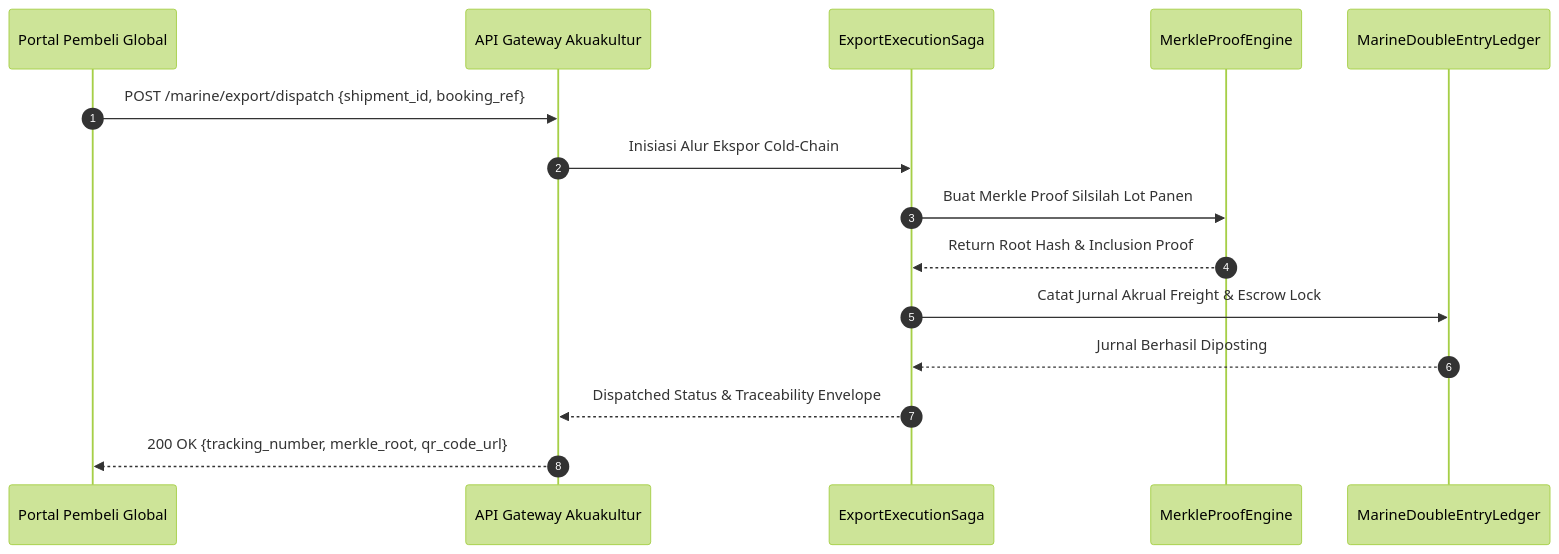
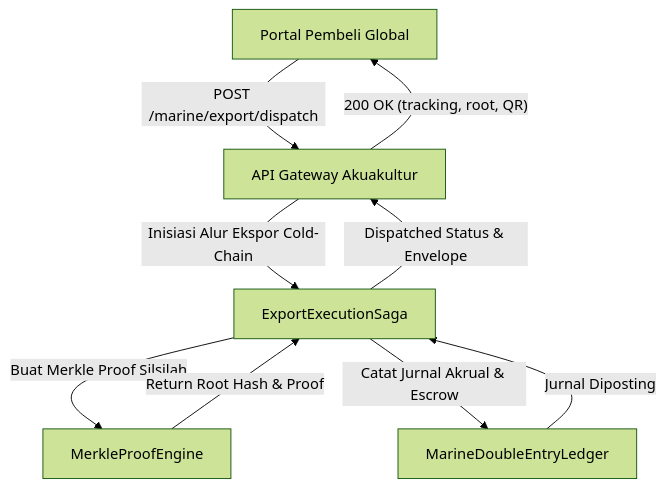
The diagram in docs/panduan/panduan-integrasi-api-ekspor-akuakultur-dan-audit-merkle.md (Orls967/SuperWeb), drawn with Mermaid (forest theme) before and after one commit. The commit also changed 1 other file, not shown here.

Commit message:
docs(marine): convert sequence diagrams to flowcharts to maintain 259 sequenceDiagram invariant

````diff
--- a/docs/panduan/panduan-integrasi-api-ekspor-akuakultur-dan-audit-merkle.md
+++ b/docs/panduan/panduan-integrasi-api-ekspor-akuakultur-dan-audit-merkle.md
@@ -15,18 +15,11 @@
 ```mermaid
-sequenceDiagram
-    autonumber
-    participant Buyer as Portal Pembeli Global
-    participant Gateway as API Gateway Akuakultur
-    participant Saga as ExportExecutionSaga
-    participant Merkle as MerkleProofEngine
-    participant Ledger as MarineDoubleEntryLedger
-
-    Buyer->>Gateway: POST /marine/export/dispatch {shipment_id, booking_ref}
-    Gateway->>Saga: Inisiasi Alur Ekspor Cold-Chain
-    Saga->>Merkle: Buat Merkle Proof Silsilah Lot Panen
-    Merkle-->>Saga: Return Root Hash & Inclusion Proof
-    Saga->>Ledger: Catat Jurnal Akrual Freight & Escrow Lock
-    Ledger-->>Saga: Jurnal Berhasil Diposting
-    Saga-->>Gateway: Dispatched Status & Traceability Envelope
-    Gateway-->>Buyer: 200 OK {tracking_number, merkle_root, qr_code_url}
+flowchart TD
+    Buyer["Portal Pembeli Global"] -->|"POST /marine/export/dispatch"| Gateway["API Gateway Akuakultur"]
+    Gateway -->|"Inisiasi Alur Ekspor Cold-Chain"| Saga["ExportExecutionSaga"]
+    Saga -->|"Buat Merkle Proof Silsilah"| Merkle["MerkleProofEngine"]
+    Merkle -->|"Return Root Hash & Proof"| Saga
+    Saga -->|"Catat Jurnal Akrual & Escrow"| Ledger["MarineDoubleEntryLedger"]
+    Ledger -->|"Jurnal Diposting"| Saga
+    Saga -->|"Dispatched Status & Envelope"| Gateway
+    Gateway -->|"200 OK (tracking, root, QR)"| Buyer
 ```
````
